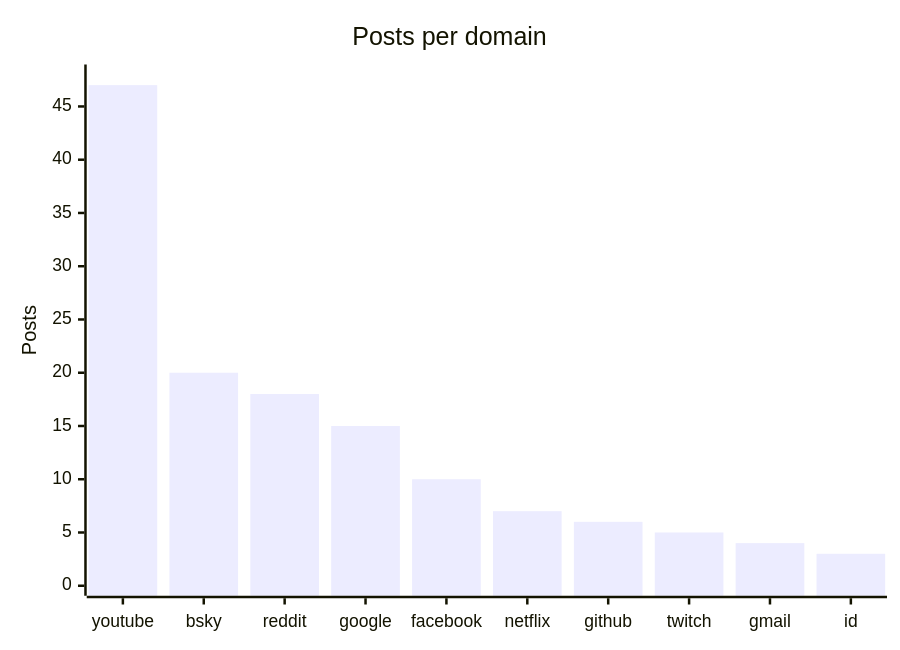
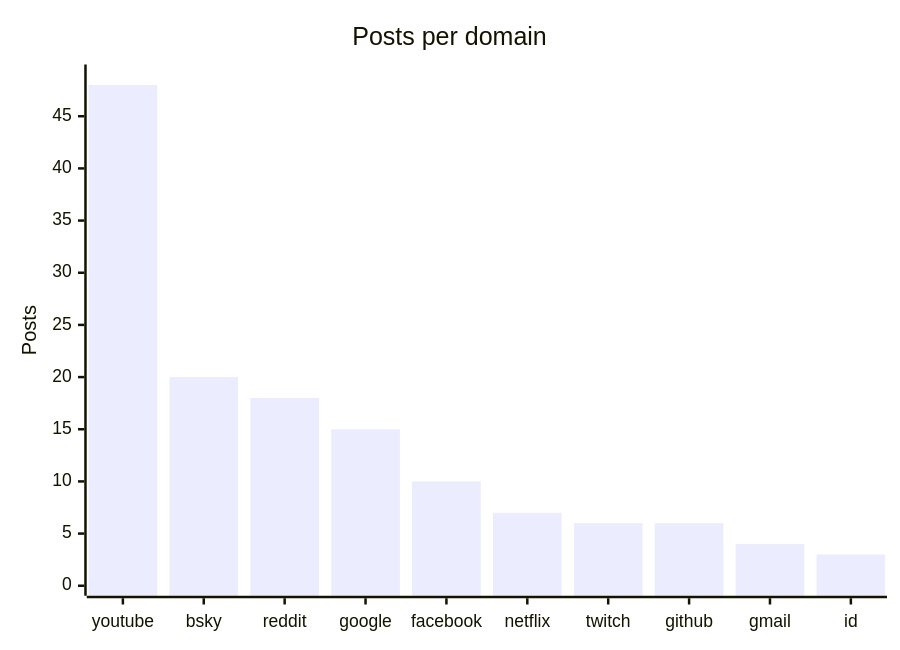
The fourth of 4 diagrams in README.md (martinbalfanz/social-scanner-reports), drawn with Mermaid before and after one commit. The commit also changed other lines of this file and 4 other files, not shown here.

````diff
--- a/README.md
+++ b/README.md
@@ -58,7 +58,7 @@
 ```mermaid
 xychart-beta
     title "Posts per domain"
-    x-axis ["youtube", "bsky", "reddit", "google", "facebook", "netflix", "github", "twitch", "gmail", "id"]
-    y-axis "Posts" 0 --> 48
-    bar [47, 20, 18, 15, 10, 7, 6, 5, 4, 3]
+    x-axis ["youtube", "bsky", "reddit", "google", "facebook", "netflix", "twitch", "github", "gmail", "id"]
+    y-axis "Posts" 0 --> 49
+    bar [48, 20, 18, 15, 10, 7, 6, 6, 4, 3]
 ```
````
